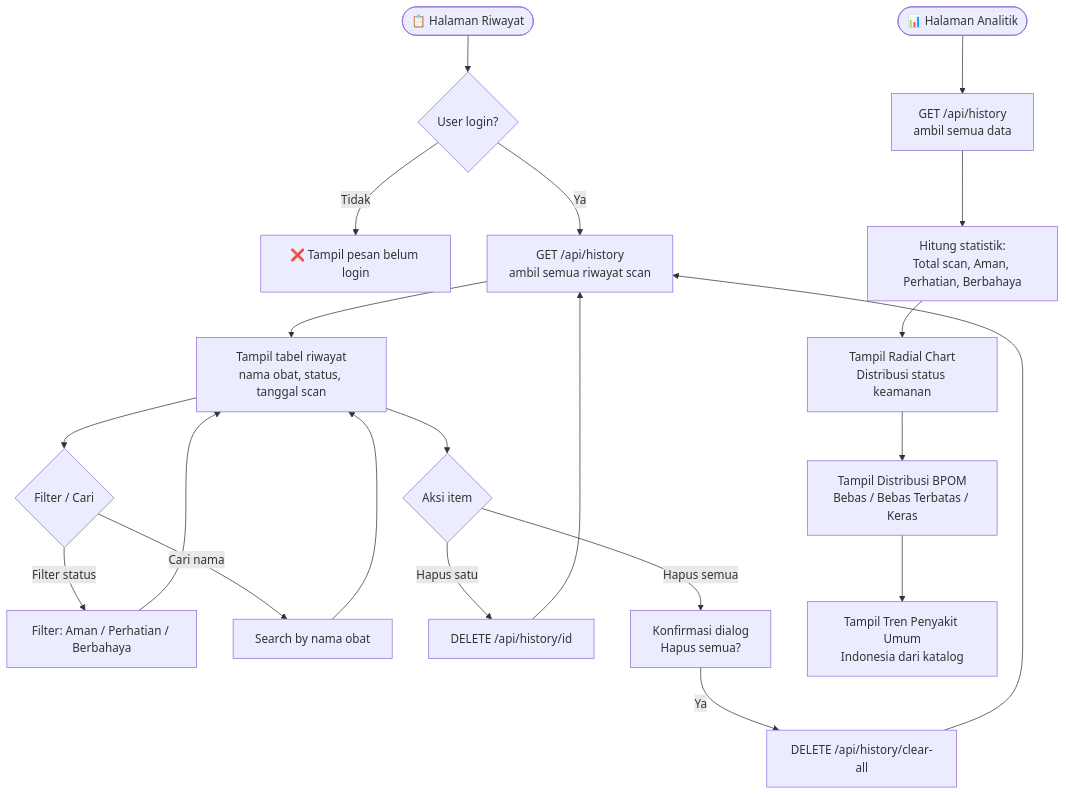
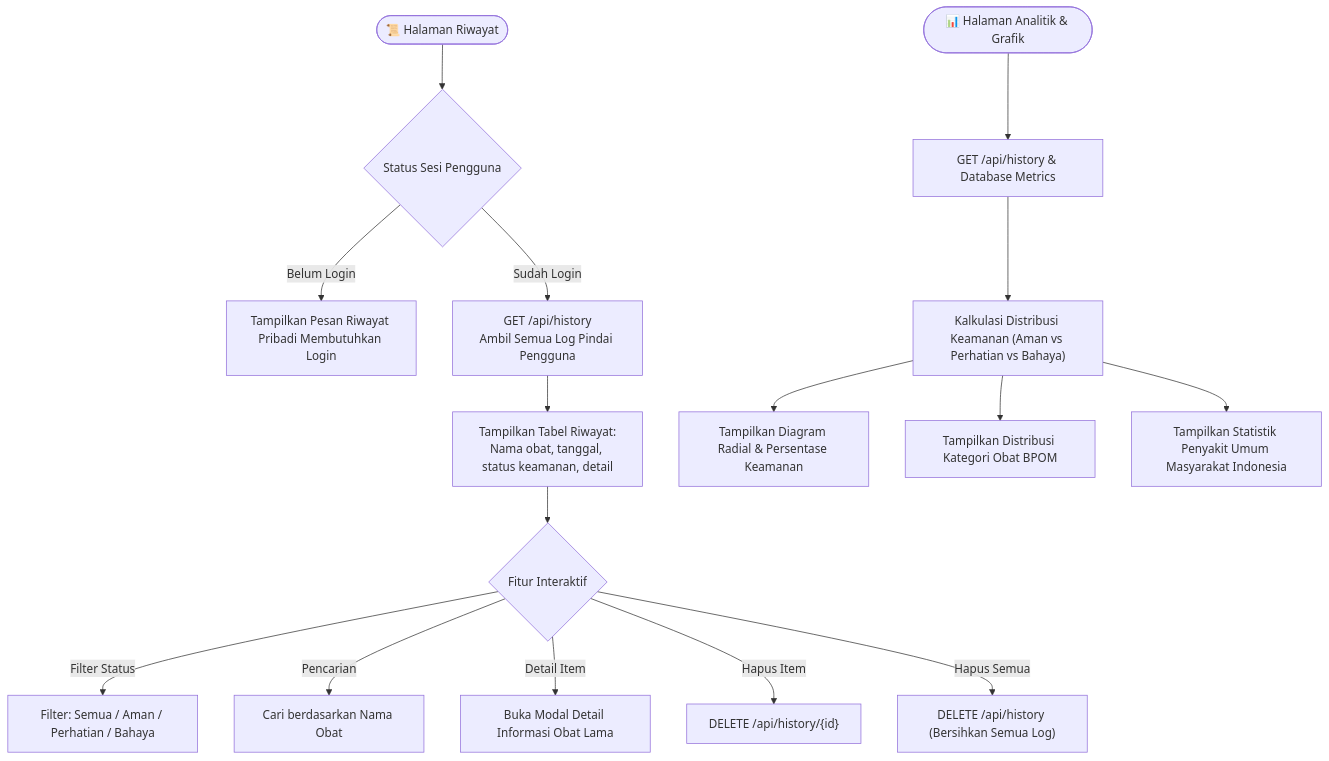
The sixth of 8 diagrams in README.md (rifqiaunur666/pharmashield-project), drawn with Mermaid before and after one commit. The commit also changed other lines of this file, not shown here.

````diff
--- a/README.md
+++ b/README.md
@@ -311,22 +333,19 @@
 ```mermaid
 flowchart TD
-    A([📋 Halaman Riwayat]) --> B{User login?}
-    B -- Tidak --> C[❌ Tampil pesan belum login]
-    B -- Ya --> D["GET /api/history<br/>ambil semua riwayat scan"]
-    D --> E["Tampil tabel riwayat<br/>nama obat, status, tanggal scan"]
-    E --> F{Filter / Cari}
-    F -- Filter status --> G[Filter: Aman / Perhatian / Berbahaya]
-    F -- Cari nama --> H[Search by nama obat]
-    G & H --> E
-    E --> I{Aksi item}
-    I -- Hapus satu --> J[DELETE /api/history/id]
-    I -- Hapus semua --> K["Konfirmasi dialog<br/>Hapus semua?"]
-    K -- Ya --> L["DELETE /api/history/clear-all"]
-    J & L --> D
+    A([📜 Halaman Riwayat]) --> B{Status Sesi Pengguna}
+    B -- Belum Login --> C["Tampilkan Pesan Riwayat Pribadi Membutuhkan Login"]
+    B -- Sudah Login --> D["GET /api/history<br/>Ambil Semua Log Pindai Pengguna"]
+    D --> E["Tampilkan Tabel Riwayat:<br/>Nama obat, tanggal, status keamanan, detail"]
+    E --> F{Fitur Interaktif}
+    F -- Filter Status --> G[Filter: Semua / Aman / Perhatian / Bahaya]
+    F -- Pencarian --> H[Cari berdasarkan Nama Obat]
+    F -- Detail Item --> I[Buka Modal Detail Informasi Obat Lama]
+    F -- Hapus Item --> J["DELETE /api/history/{id}"]
+    F -- Hapus Semua --> K["DELETE /api/history (Bersihkan Semua Log)"]
 
-    M([📊 Halaman Analitik]) --> N["GET /api/history<br/>ambil semua data"]
-    N --> O["Hitung statistik:<br/>Total scan, Aman, Perhatian, Berbahaya"]
-    O --> P["Tampil Radial Chart<br/>Distribusi status keamanan"]
-    P --> Q["Tampil Distribusi BPOM<br/>Bebas / Bebas Terbatas / Keras"]
-    Q --> R["Tampil Tren Penyakit Umum<br/>Indonesia dari katalog"]
+    L([📊 Halaman Analitik & Grafik]) --> M["GET /api/history & Database Metrics"]
+    M --> N["Kalkulasi Distribusi Keamanan (Aman vs Perhatian vs Bahaya)"]
+    N --> O["Tampilkan Diagram Radial & Persentase Keamanan"]
+    N --> P["Tampilkan Distribusi Kategori Obat BPOM"]
+    N --> Q["Tampilkan Statistik Penyakit Umum Masyarakat Indonesia"]
 ```
````
